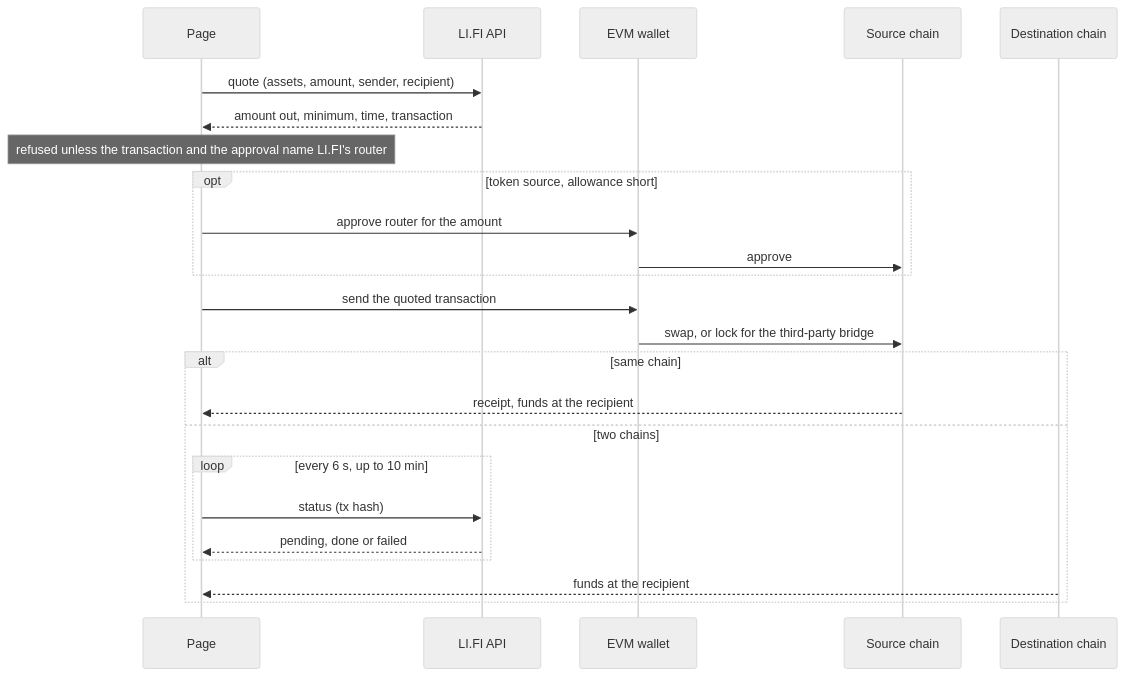
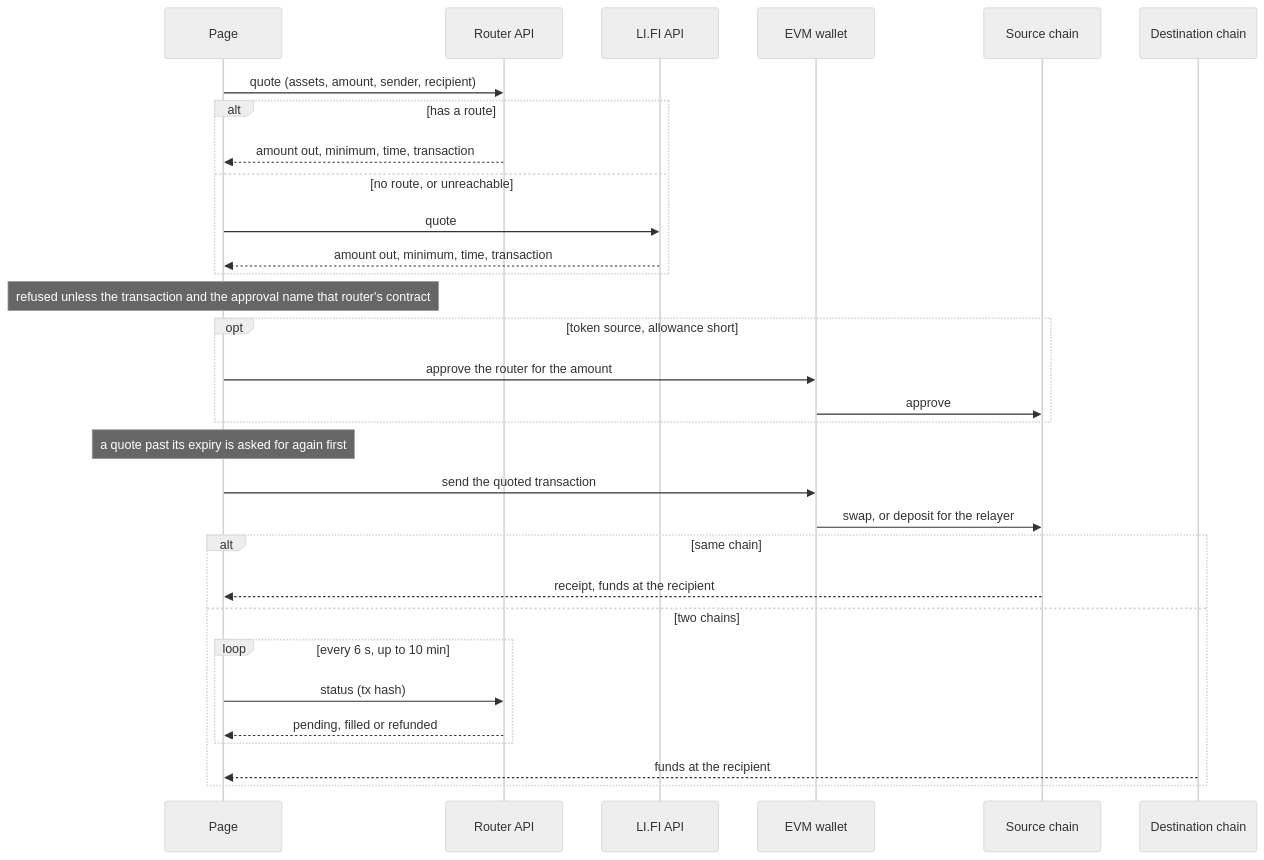
Before and after one commit to edgepillar/bridge.mainnet.zenon.community: the third of 3 diagrams in docs/ARCHITECTURE.md, drawn with Mermaid (neutral theme). The commit also changed other lines of this file and 14 other files, not shown here.

````diff
--- a/docs/ARCHITECTURE.md
+++ b/docs/ARCHITECTURE.md
@@ -142,27 +162,34 @@
 ```mermaid
 sequenceDiagram
   participant P as Page
+  participant R as Router API
   participant L as LI.FI API
   participant W as EVM wallet
   participant S as Source chain
   participant D as Destination chain
 
-  P->>L: quote (assets, amount, sender, recipient)
-  L-->>P: amount out, minimum, time, transaction
-  Note over P: refused unless the transaction and the approval name LI.FI's router
+  P->>R: quote (assets, amount, sender, recipient)
+  alt has a route
+    R-->>P: amount out, minimum, time, transaction
+  else no route, or unreachable
+    P->>L: quote
+    L-->>P: amount out, minimum, time, transaction
+  end
+  Note over P: refused unless the transaction and the approval name that router's contract
   opt token source, allowance short
-    P->>W: approve router for the amount
+    P->>W: approve the router for the amount
     W->>S: approve
   end
+  Note over P: a quote past its expiry is asked for again first
   P->>W: send the quoted transaction
-  W->>S: swap, or lock for the third-party bridge
+  W->>S: swap, or deposit for the relayer
   alt same chain
     S-->>P: receipt, funds at the recipient
   else two chains
     loop every 6 s, up to 10 min
-      P->>L: status (tx hash)
-      L-->>P: pending, done or failed
+      P->>R: status (tx hash)
+      R-->>P: pending, filled or refunded
     end
     D-->>P: funds at the recipient
   end
 ```
````
